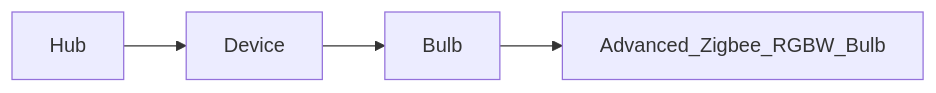
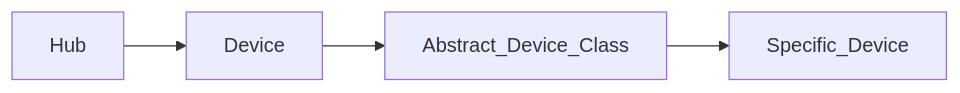
One commit to Jelloeater/hubitatcontrol changed the diagram in README.md. Above: the diagram before and after it, drawn with Mermaid. The commit also changed other lines of this file, not shown here.

````diff
--- a/README.md
+++ b/README.md
@@ -34,4 +34,4 @@
 ```mermaid
 flowchart LR
-Hub --> Device --> Bulb --> Advanced_Zigbee_RGBW_Bulb
+Hub --> Device --> Abstract_Device_Class --> Specific_Device
 ```
````
